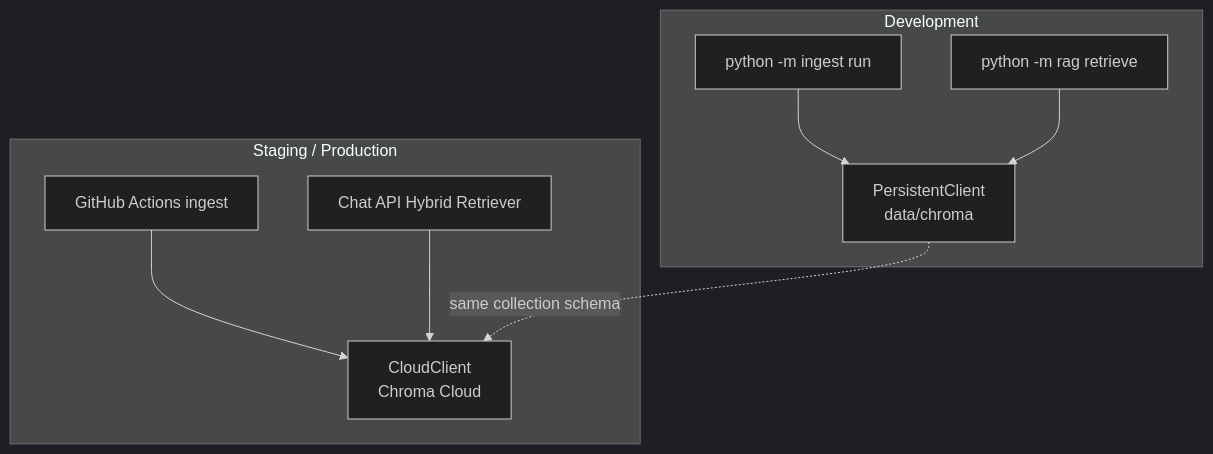
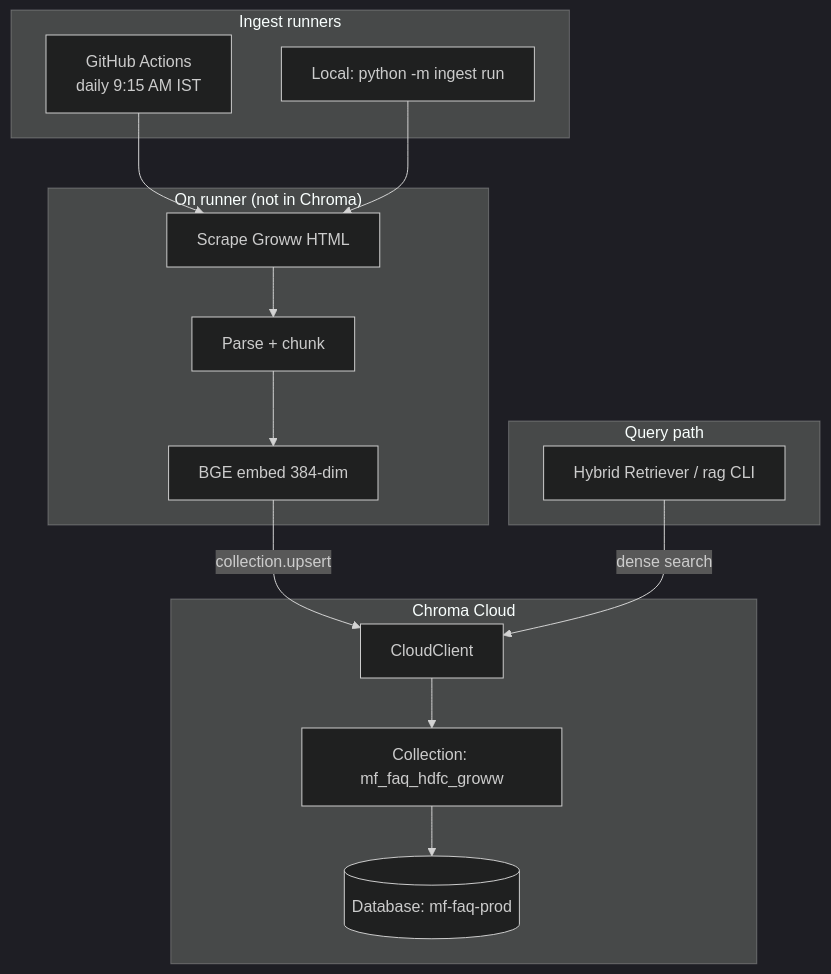
One commit to Nilesh272/RAG-Mutual-Fund-FAQ-Assistant-Facts-Only-Q-A- changed the fifth of 5 diagrams in docs/chunking-embedding-architecture.md. Above: the diagram before and after it, drawn with Mermaid (dark theme). The commit also changed other lines of this file and 99 other files, not shown here.

````diff
--- a/docs/chunking-embedding-architecture.md
+++ b/docs/chunking-embedding-architecture.md
@@ -535,14 +536,29 @@
 ```mermaid
 flowchart TB
-    subgraph DEV["Development"]
-        ING_DEV[python -m ingest run] --> PC[PersistentClient<br/>data/chroma]
-        RAG_DEV[python -m rag retrieve] --> PC
+    subgraph runners["Ingest runners"]
+        GHA[GitHub Actions<br/>daily 9:15 AM IST]
+        DEV[Local: python -m ingest run]
     end
 
-    subgraph CLOUD["Staging / Production"]
-        GHA[GitHub Actions ingest] --> CC[CloudClient<br/>Chroma Cloud]
-        API[Chat API Hybrid Retriever] --> CC
+    subgraph pipeline["On runner (not in Chroma)"]
+        SCRAPE[Scrape Groww HTML]
+        PARSE[Parse + chunk]
+        BGE[BGE embed 384-dim]
     end
 
-    PC -.->|same collection schema| CC
+    subgraph cloud["Chroma Cloud"]
+        CC[CloudClient]
+        DB[(Database: mf-faq-prod)]
+        COL[Collection: mf_faq_hdfc_groww]
+    end
+
+    subgraph query["Query path"]
+        API[Hybrid Retriever / rag CLI]
+    end
+
+    GHA --> SCRAPE
+    DEV --> SCRAPE
+    SCRAPE --> PARSE --> BGE -->|collection.upsert| CC
+    CC --> COL --> DB
+    API -->|dense search| CC
 ```
````
